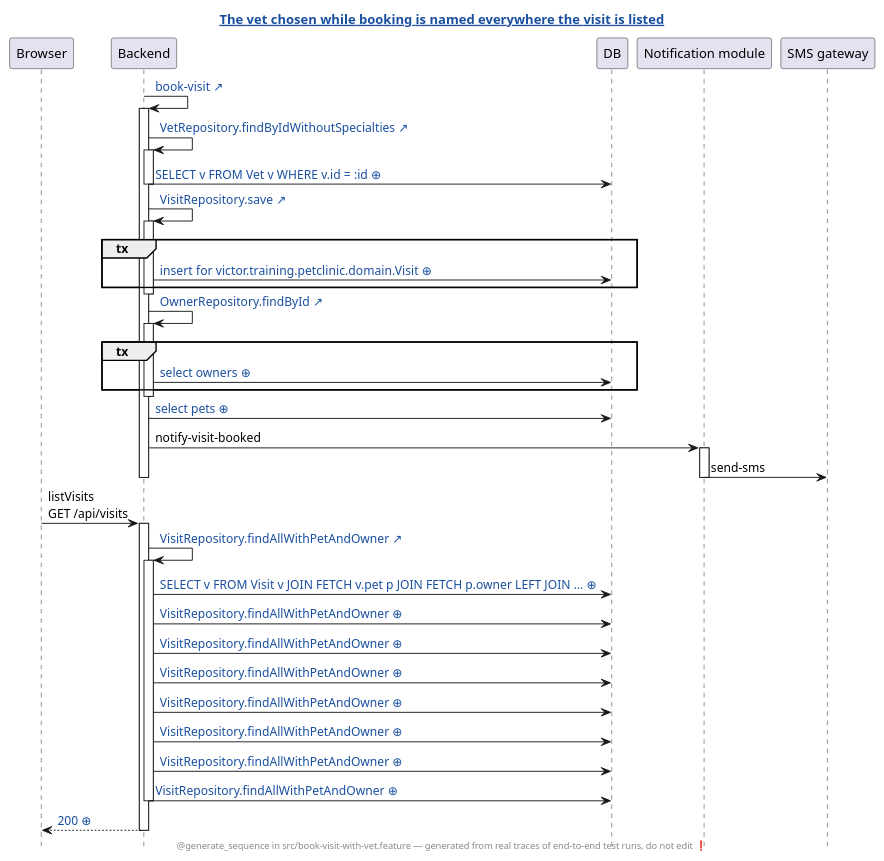
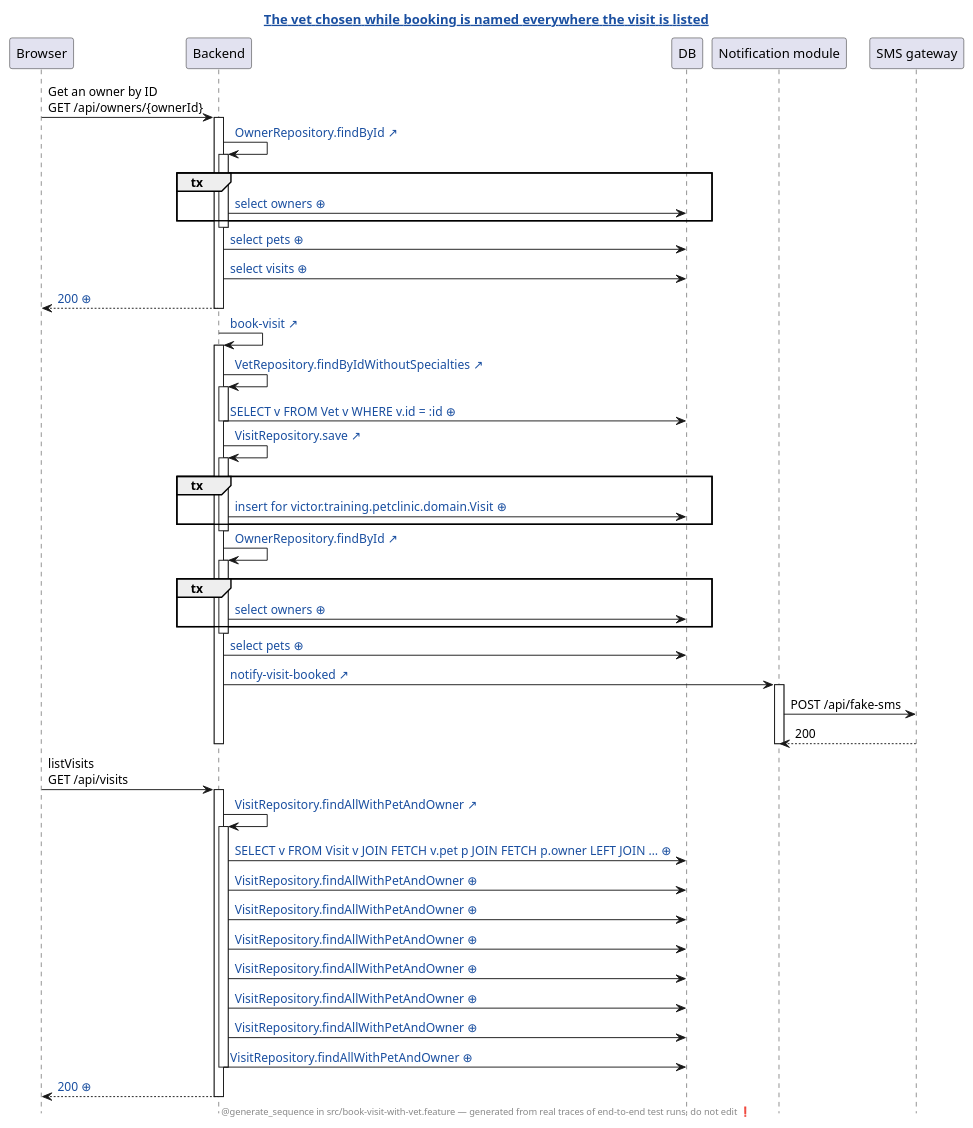
Before and after one commit to victorrentea/petclinic: the diagram in petclinic-test/generated/book-visit-with-vet.feature.the-vet-chosen-while-booking-is-named-everywhere-the-visit-is-listed.genseq.puml, drawn with PlantUML. The commit also changed 9 other files, not shown here.

First line of the commit message:
Record the sequence diagrams with the SMS gateway self-call

```diff
--- a/petclinic-test/generated/book-visit-with-vet.feature.the-vet-chosen-while-booking-is-named-everywhere-the-visit-is-listed.genseq.puml
+++ b/petclinic-test/generated/book-visit-with-vet.feature.the-vet-chosen-while-booking-is-named-everywhere-the-visit-is-listed.genseq.puml
@@ -1,52 +1,65 @@
 @startuml
 ' ⚠️  GENERATED FILE — DO NOT EDIT. Every edit is lost on the next run.
 hide footbox
 skinparam hyperlinkUnderline false
 skinparam hyperlinkColor #1A4FA0
 title [[src://petclinic-test/src/book-visit-with-vet.feature:18{Click to open the test} The vet chosen while booking is named everywhere the visit is listed]]
 footer @generate_sequence in src/book-visit-with-vet.feature — generated from real traces of end-to-end test runs, do not edit ❗
 participant Browser
 participant Backend
 participant DB
 participant "Notification module"
 participant "SMS gateway"
-Backend -> Backend: [[src://petclinic-backend/src/main/java/victor/training/petclinic/rest/OwnerRestController.java:188{Click to open OwnerRestController.bookVisit} book-visit ↗]]
+Browser -> Backend: Get an owner by ID\nGET /api/owners/{ownerId}
+activate Backend
+Backend -> Backend: [[src://petclinic-backend/src/main/java/victor/training/petclinic/repository/OwnerRepository.java:14{Click to open OwnerRepository.findById} OwnerRepository.findById ↗]]
+activate Backend
+group tx
+Backend -> DB: [[genseq://0x8aana{Click for the statement behind this call} select owners ⊕]]
+end
+deactivate Backend
+Backend -> DB: [[genseq://18567ho{Click for the statement behind this call} select pets ⊕]]
+Backend -> DB: [[genseq://1eq1h2q{Click for the statement behind this call} select visits ⊕]]
+Backend --> Browser: [[genseq://1867f23{Click for this call’s JSON body} 200 ⊕]]
+deactivate Backend
+Backend -> Backend: [[src://petclinic-backend/src/main/java/victor/training/petclinic/rest/OwnerRestController.java:191{Click to open OwnerRestController.bookVisit} book-visit ↗]]
 activate Backend
 Backend -> Backend: [[src://petclinic-backend/src/main/java/victor/training/petclinic/repository/VetRepository.java:19{Click to open VetRepository.findByIdWithoutSpecialties} VetRepository.findByIdWithoutSpecialties ↗]]
 activate Backend
 Backend -> DB: [[genseq://0exss5m{Click for the statement behind this call} SELECT v FROM Vet v WHERE v.id = :id ⊕]]
 deactivate Backend
 Backend -> Backend: [[src://petclinic-backend/src/main/java/victor/training/petclinic/repository/VisitRepository.java:14{Click to open VisitRepository.save} VisitRepository.save ↗]]
 activate Backend
 group tx
-Backend -> DB: [[genseq://1jvbgk1{Click for the statement behind this call} insert for victor.training.petclinic.domain.Visit ⊕]]
+Backend -> DB: [[genseq://0shh6wx{Click for the statement behind this call} insert for victor.training.petclinic.domain.Visit ⊕]]
 end
 deactivate Backend
 Backend -> Backend: [[src://petclinic-backend/src/main/java/victor/training/petclinic/repository/OwnerRepository.java:14{Click to open OwnerRepository.findById} OwnerRepository.findById ↗]]
 activate Backend
 group tx
 Backend -> DB: [[genseq://0x8aana{Click for the statement behind this call} select owners ⊕]]
 end
 deactivate Backend
 Backend -> DB: [[genseq://18567ho{Click for the statement behind this call} select pets ⊕]]
-Backend -> "Notification module": notify-visit-booked
+Backend -> "Notification module": [[src://petclinic-backend/src/main/java/victor/training/petclinic/notification/FakeSmsNotificationSender.java:64{Click to open FakeSmsNotificationSender.visitBooked} notify-visit-booked ↗]]
 activate "Notification module"
-"Notification module" -> "SMS gateway": send-sms
+"Notification module" -> "SMS gateway": POST /api/fake-sms
+"SMS gateway" --> "Notification module": 200
 deactivate "Notification module"
 deactivate Backend
 Browser -> Backend: listVisits\nGET /api/visits
 activate Backend
 Backend -> Backend: [[src://petclinic-backend/src/main/java/victor/training/petclinic/repository/VisitRepository.java:20{Click to open VisitRepository.findAllWithPetAndOwner} VisitRepository.findAllWithPetAndOwner ↗]]
 activate Backend
 Backend -> DB: [[genseq://1706k1o{Click for the statement behind this call} SELECT v FROM Visit v JOIN FETCH v.pet p JOIN FETCH p.owner LEFT JOIN … ⊕]]
 Backend -> DB: [[genseq://0xm9qzg{Click for the statement behind this call} VisitRepository.findAllWithPetAndOwner ⊕]]
 Backend -> DB: [[genseq://070fg5f{Click for the statement behind this call} VisitRepository.findAllWithPetAndOwner ⊕]]
 Backend -> DB: [[genseq://1heb9yw{Click for the statement behind this call} VisitRepository.findAllWithPetAndOwner ⊕]]
 Backend -> DB: [[genseq://0cvbten{Click for the statement behind this call} VisitRepository.findAllWithPetAndOwner ⊕]]
 Backend -> DB: [[genseq://0g8ptx2{Click for the statement behind this call} VisitRepository.findAllWithPetAndOwner ⊕]]
 Backend -> DB: [[genseq://0i1m34t{Click for the statement behind this call} VisitRepository.findAllWithPetAndOwner ⊕]]
 Backend -> DB: [[genseq://094wceq{Click for the statement behind this call} VisitRepository.findAllWithPetAndOwner ⊕]]
 deactivate Backend
 Backend --> Browser: [[genseq://185icml{Click for this call’s JSON body} 200 ⊕]]
 deactivate Backend
 @enduml
```
